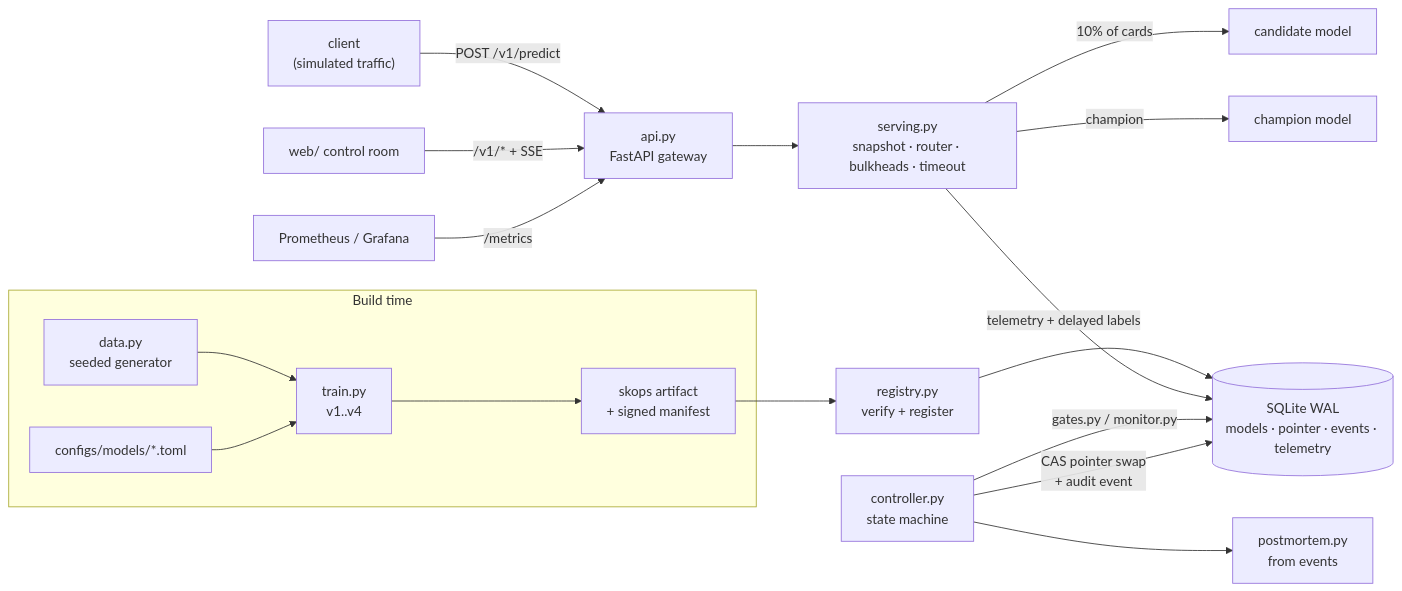
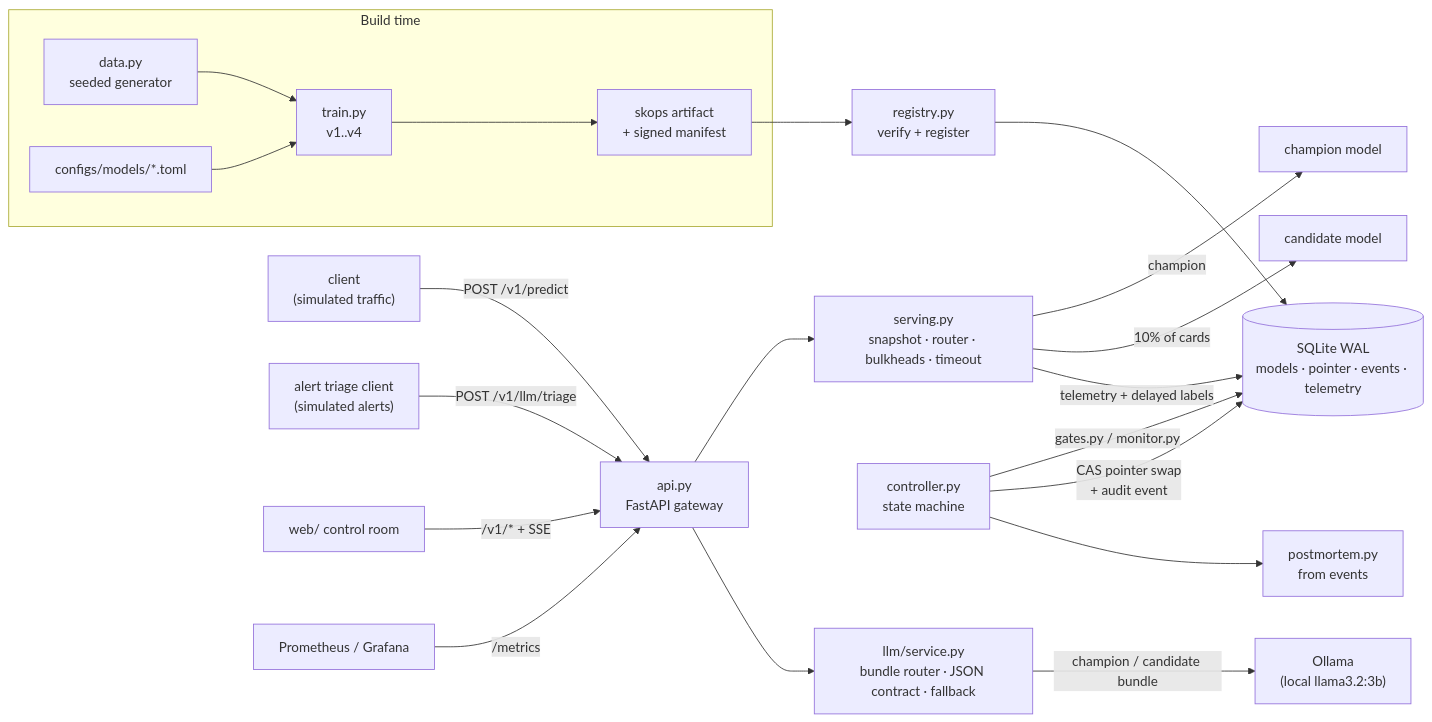
One commit to AlexRosen23/spectral-canary-works changed the diagram in README.md. Above: the diagram before and after it, drawn with Mermaid. The commit also changed other lines of this file and 3 other files, not shown here.

First line of the commit message:
ci: run the LLM gate on GitHub only when it is needed; pin Ollama by digest; docs for the merged LLM lane

````diff
--- a/README.md
+++ b/README.md
@@ -150,20 +180,23 @@
 ```mermaid
 flowchart LR
   subgraph build["Build time"]
     gen["data.py<br/>seeded generator"] --> train["train.py<br/>v1..v4"]
     cfg["configs/models/*.toml"] --> train
     train --> art["skops artifact<br/>+ signed manifest"]
   end
   art --> reg["registry.py<br/>verify + register"]
   reg --> db[("SQLite WAL<br/>models · pointer · events · telemetry")]
   client["client<br/>(simulated traffic)"] -->|POST /v1/predict| api["api.py<br/>FastAPI gateway"]
   api --> svc["serving.py<br/>snapshot · router · bulkheads · timeout"]
   svc -->|champion| m1["champion model"]
   svc -->|"10% of cards"| m2["candidate model"]
   svc -->|telemetry + delayed labels| db
   ctl["controller.py<br/>state machine"] -->|gates.py / monitor.py| db
   ctl -->|"CAS pointer swap<br/>+ audit event"| db
   ctl --> pm["postmortem.py<br/>from events"]
+  client2["alert triage client<br/>(simulated alerts)"] -->|POST /v1/llm/triage| api
+  api --> llm["llm/service.py<br/>bundle router · JSON contract · fallback"]
+  llm -->|"champion / candidate bundle"| ollama["Ollama<br/>(local llama3.2:3b)"]
   ui["web/ control room"] -->|"/v1/* + SSE"| api
   prom["Prometheus / Grafana"] -->|/metrics| api
 ```
````
